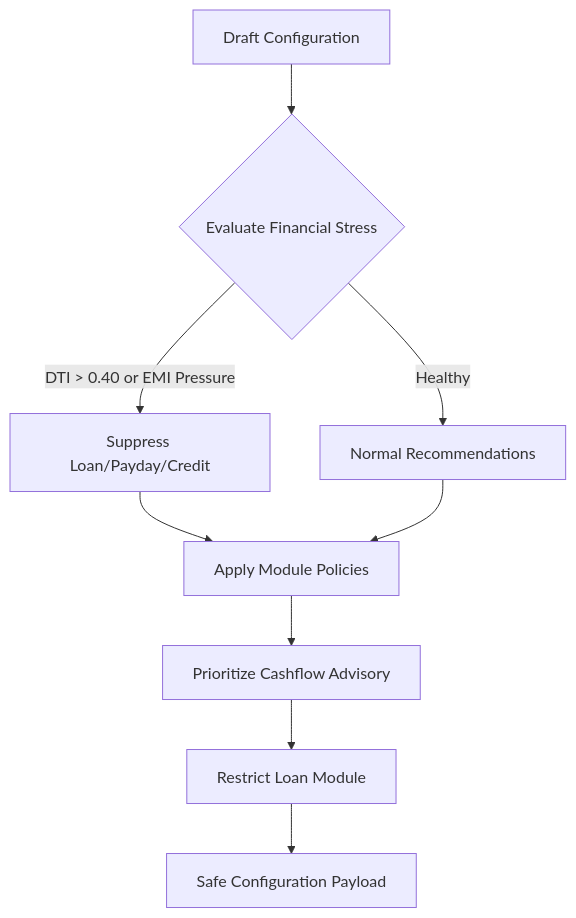
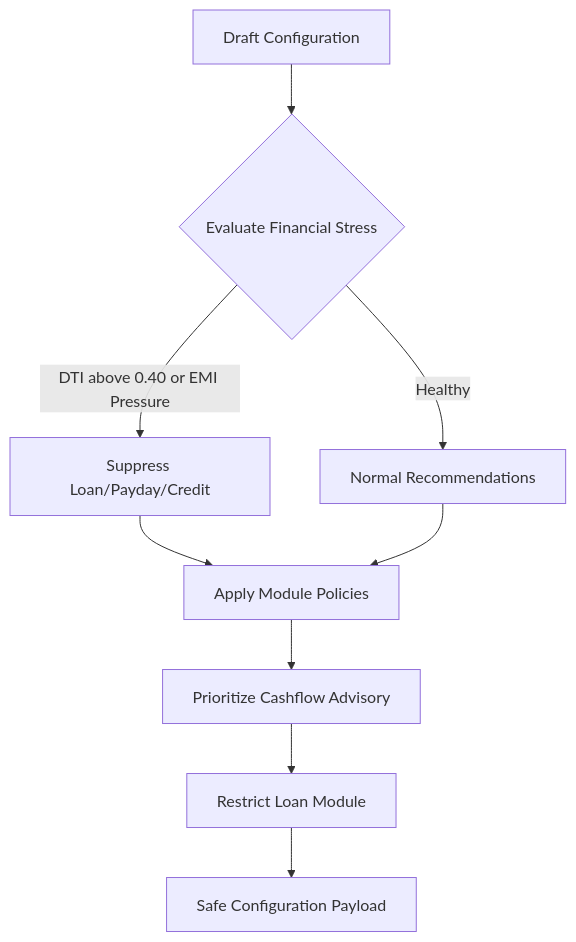
The sixth of 7 diagrams in docs/architecture/backend.md (Neutron-0/ABC-Bank), drawn with Mermaid before and after one commit. The commit also changed other lines of this file and 33 other files, not shown here.

````diff
--- a/docs/architecture/backend.md
+++ b/docs/architecture/backend.md
@@ -250,11 +259,11 @@
 ```mermaid
 flowchart TD
     Start["Draft Configuration"] --> Stress{"Evaluate Financial Stress"}
-    Stress -- "DTI > 0.40 or EMI Pressure" --> Filter["Suppress Loan/Payday/Credit"]
+    Stress -- "DTI above 0.40 or EMI Pressure" --> Filter["Suppress Loan/Payday/Credit"]
     Stress -- "Healthy" --> Normal["Normal Recommendations"]
     Filter --> Policy["Apply Module Policies"]
     Normal --> Policy
     Policy --> Advis["Prioritize Cashflow Advisory"]
     Advis --> Restrict["Restrict Loan Module"]
     Restrict --> End["Safe Configuration Payload"]
 ```
````
